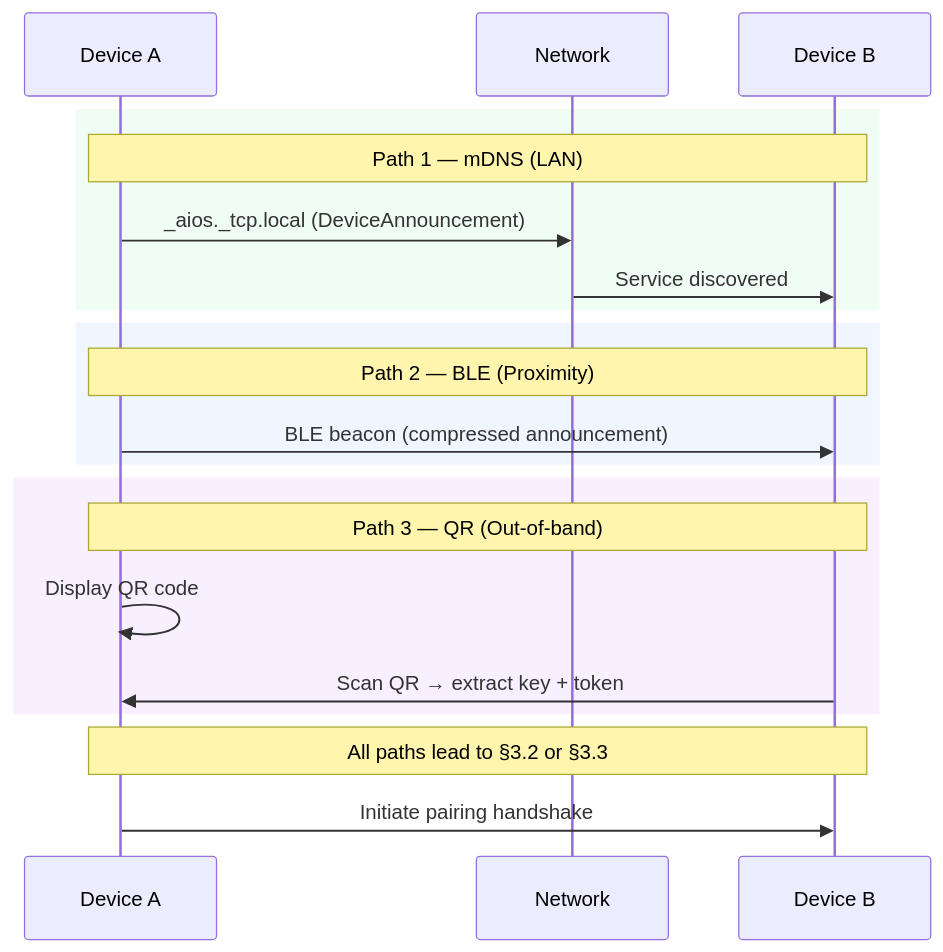
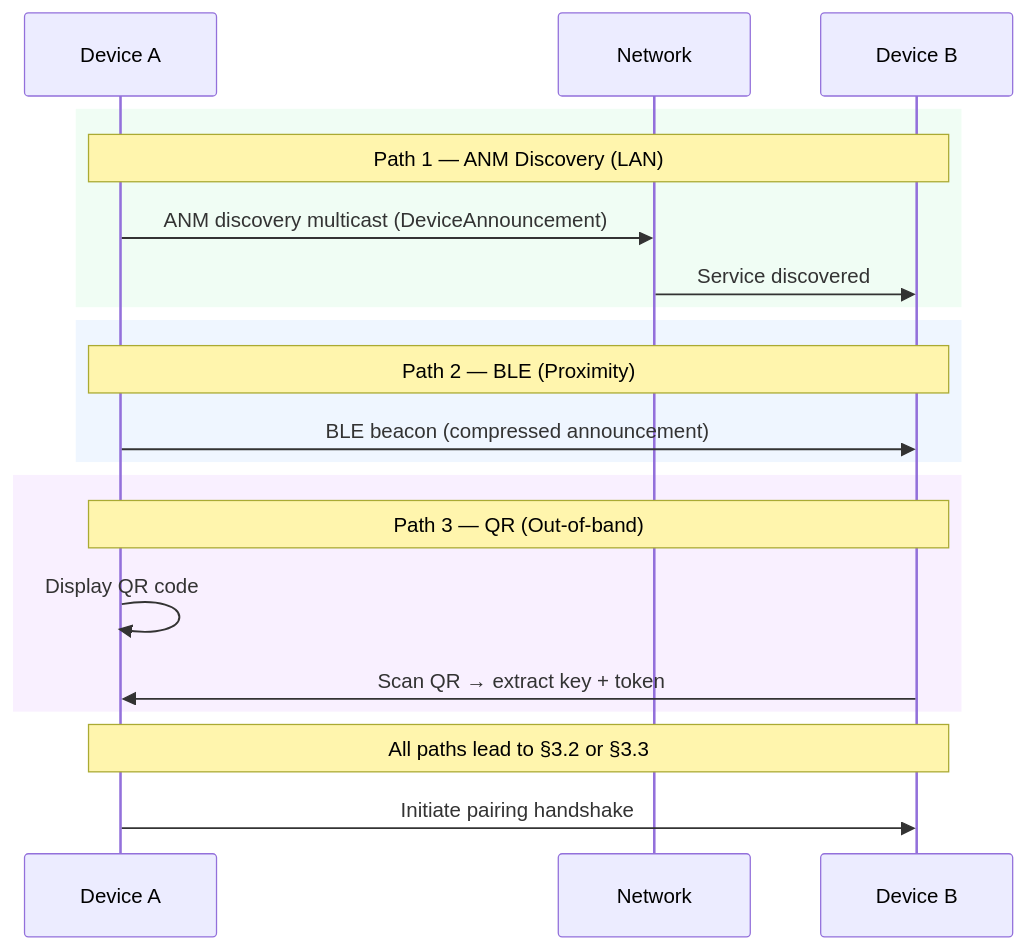
Before and after one commit to juslee/aios: the first of 3 diagrams in docs/platform/multi-device/pairing.md, drawn with Mermaid. The commit also changed other lines of this file and 74 other files, not shown here.

````diff
--- a/docs/platform/multi-device/pairing.md
+++ b/docs/platform/multi-device/pairing.md
@@ -48,26 +48,26 @@
 ```mermaid
 sequenceDiagram
     participant A as Device A
     participant N as Network
     participant B as Device B
 
     rect rgb(240, 253, 244)
-        Note over A,B: Path 1 — mDNS (LAN)
-        A->>N: _aios._tcp.local (DeviceAnnouncement)
+        Note over A,B: Path 1 — ANM Discovery (LAN)
+        A->>N: ANM discovery multicast (DeviceAnnouncement)
         N->>B: Service discovered
     end
 
     rect rgb(239, 246, 255)
         Note over A,B: Path 2 — BLE (Proximity)
         A->>B: BLE beacon (compressed announcement)
     end
 
     rect rgb(249, 240, 255)
         Note over A,B: Path 3 — QR (Out-of-band)
         A->>A: Display QR code
         B->>A: Scan QR → extract key + token
     end
 
     Note over A,B: All paths lead to §3.2 or §3.3
     A->>B: Initiate pairing handshake
 ```
````
